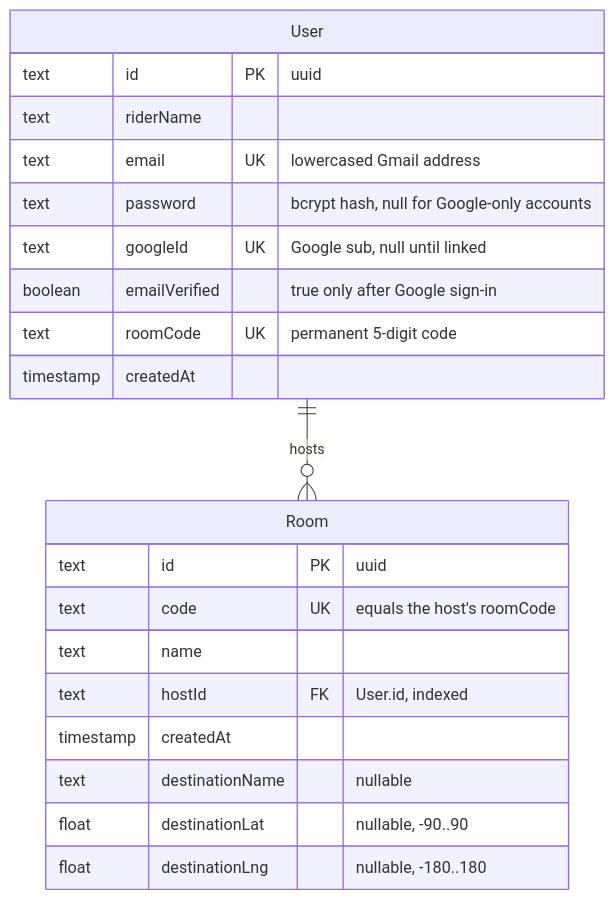
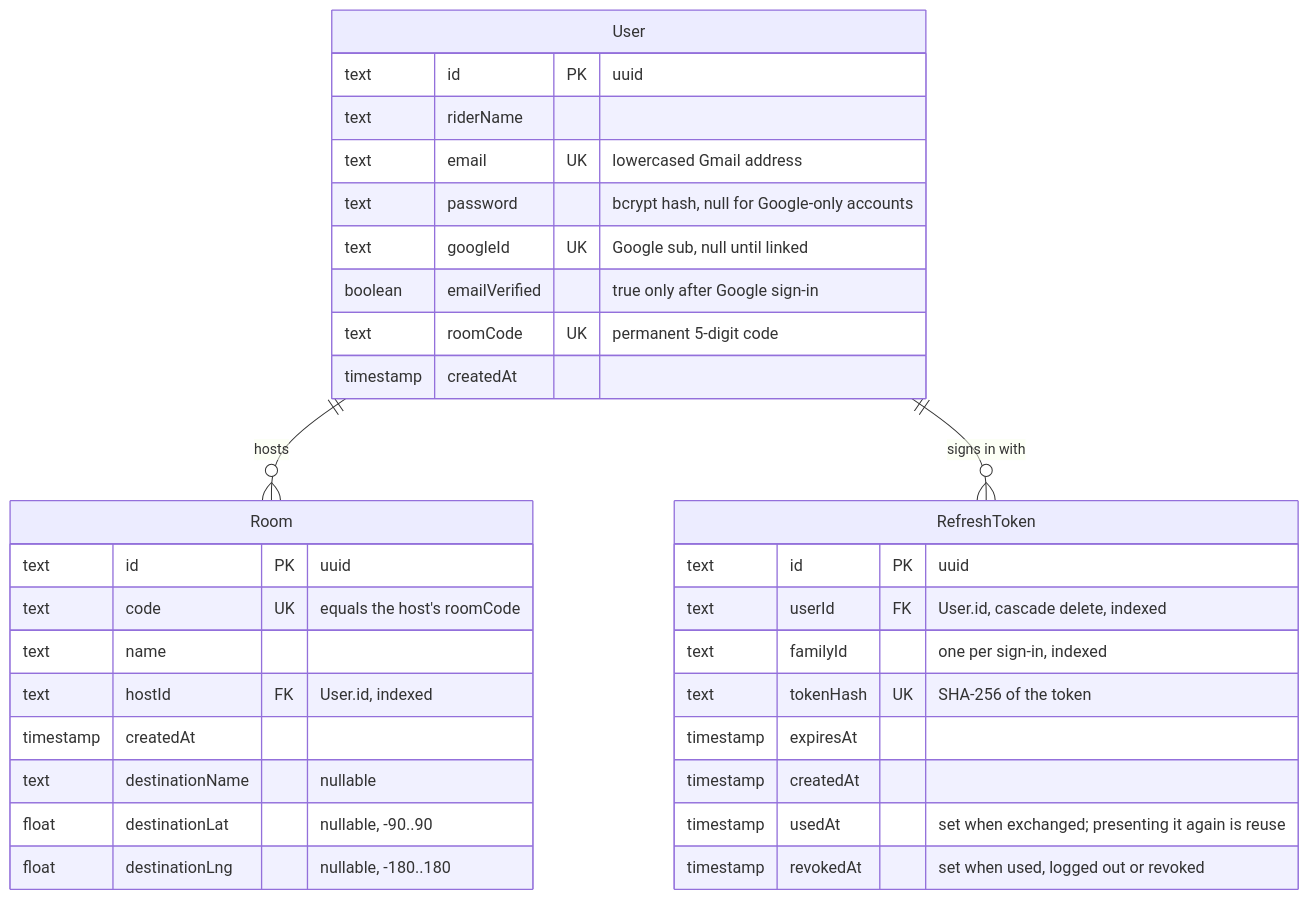
Before and after one commit to vitheshakula/Ridezz: the diagram in docs/database.md, drawn with Mermaid. The commit also changed other lines of this file and 50 other files, not shown here.

````diff
--- a/docs/database.md
+++ b/docs/database.md
@@ -8,24 +8,35 @@
 ```mermaid
 erDiagram
     User ||--o{ Room : hosts
+    User ||--o{ RefreshToken : "signs in with"
     User {
         text id PK "uuid"
         text riderName
         text email UK "lowercased Gmail address"
         text password "bcrypt hash, null for Google-only accounts"
         text googleId UK "Google sub, null until linked"
         boolean emailVerified "true only after Google sign-in"
         text roomCode UK "permanent 5-digit code"
         timestamp createdAt
     }
     Room {
         text id PK "uuid"
         text code UK "equals the host's roomCode"
         text name
         text hostId FK "User.id, indexed"
         timestamp createdAt
         text destinationName "nullable"
         float destinationLat "nullable, -90..90"
         float destinationLng "nullable, -180..180"
     }
+    RefreshToken {
+        text id PK "uuid"
+        text userId FK "User.id, cascade delete, indexed"
+        text familyId "one per sign-in, indexed"
+        text tokenHash UK "SHA-256 of the token"
+        timestamp expiresAt
+        timestamp createdAt
+        timestamp usedAt "set when exchanged; presenting it again is reuse"
+        timestamp revokedAt "set when used, logged out or revoked"
+    }
 ```
````
